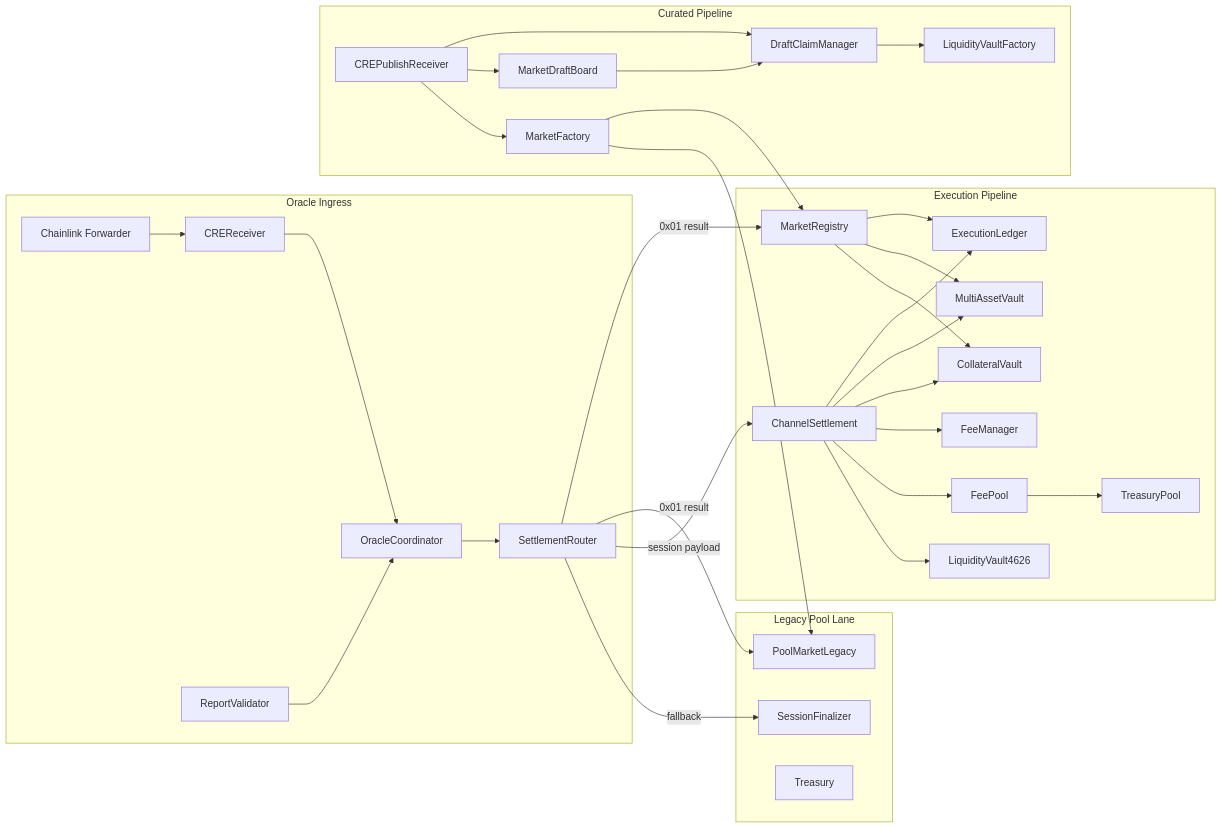
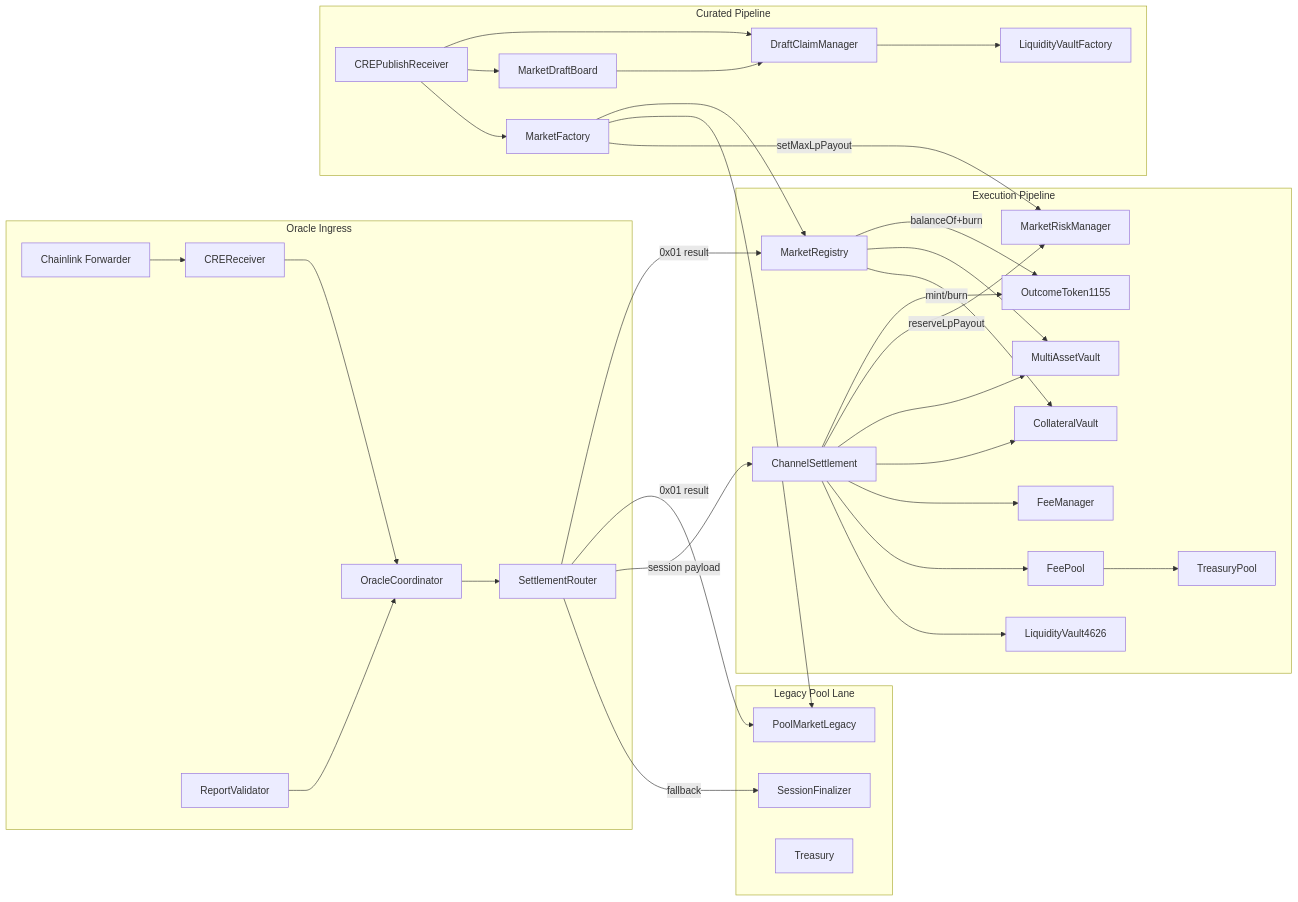
The first of 4 diagrams in docs/abi/docs/CurrentSmartContract.md (mAsyamJ/ShadowPool), drawn with Mermaid before and after one commit. The commit also changed other lines of this file and 94 other files, not shown here.

````diff
--- a/docs/abi/docs/CurrentSmartContract.md
+++ b/docs/abi/docs/CurrentSmartContract.md
@@ -40,66 +45,69 @@
 ```mermaid
 flowchart LR
   subgraph ingress[Oracle Ingress]
     FWD[Chainlink Forwarder]
     CR[CREReceiver]
     OC[OracleCoordinator]
     RV[ReportValidator]
     SR[SettlementRouter]
   end
 
   subgraph curated[Curated Pipeline]
     DB[MarketDraftBoard]
     DCM[DraftClaimManager]
     LVF[LiquidityVaultFactory]
     CPR[CREPublishReceiver]
     MF[MarketFactory]
   end
 
   subgraph execution[Execution Pipeline]
     MR[MarketRegistry]
     CS[ChannelSettlement]
-    EL[ExecutionLedger]
+    OT[OutcomeToken1155]
+    RM[MarketRiskManager]
     MAV[MultiAssetVault]
     CV[CollateralVault]
     FM[FeeManager]
     FP[FeePool]
     TP[TreasuryPool]
     LV[LiquidityVault4626]
   end
 
   subgraph legacy[Legacy Pool Lane]
     PM[PoolMarketLegacy]
     SF[SessionFinalizer]
     TR[Treasury]
   end
 
   FWD --> CR
   RV --> OC
   CR --> OC
   OC --> SR
 
   SR -->|0x01 result| MR
   SR -->|0x01 result| PM
   SR -->|session payload| CS
   SR -->|fallback| SF
 
   DB --> DCM
   DCM --> LVF
   CPR --> DCM
   CPR --> DB
   CPR --> MF
   MF --> MR
   MF --> PM
 
-  CS --> EL
+  CS -->|mint/burn| OT
+  CS -->|reserveLpPayout| RM
   CS --> MAV
   CS --> CV
   CS --> FM
   CS --> FP
   CS --> LV
   FP --> TP
+  MF -->|setMaxLpPayout| RM
 
-  MR --> EL
+  MR -->|balanceOf+burn| OT
   MR --> MAV
   MR --> CV
 ```
````
